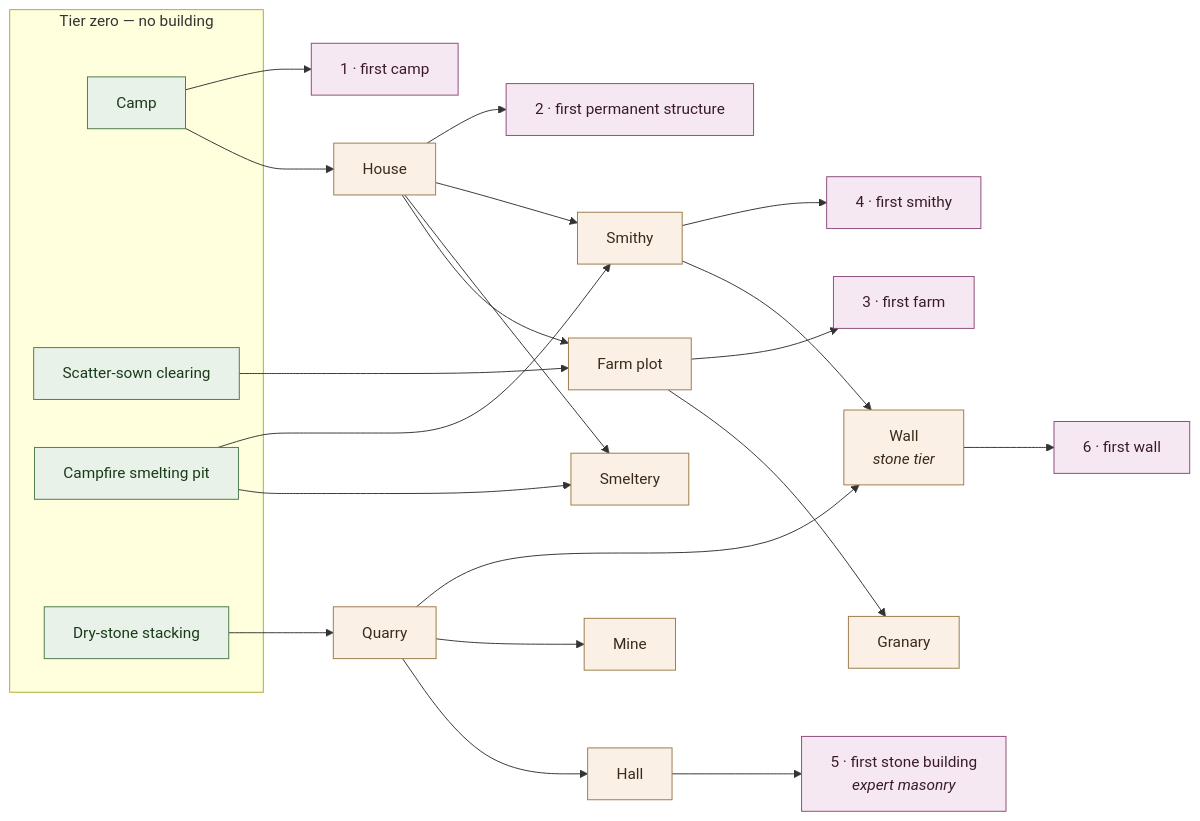
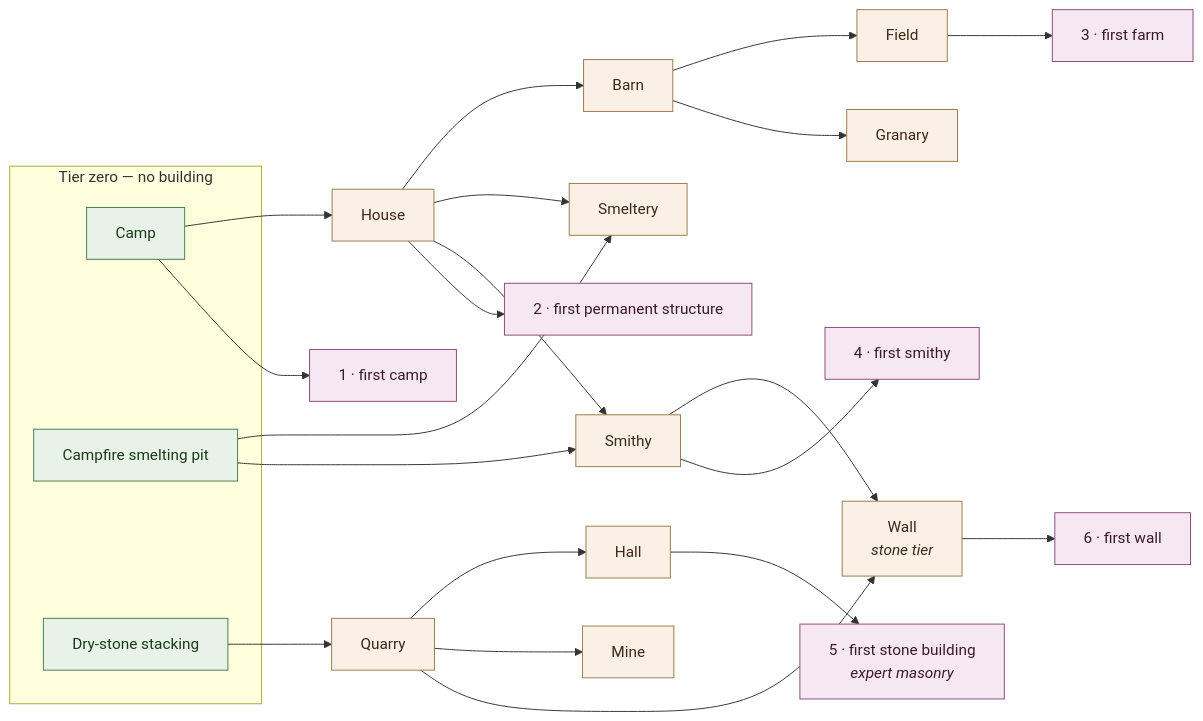
Before and after one commit to zhollis21/KingdomWatch: the second of 2 diagrams in docs/design/kingdom-watch-economy-ladder.md, drawn with Mermaid. The commit also changed other lines of this file and 36 other files, not shown here.

````diff
--- a/docs/design/kingdom-watch-economy-ladder.md
+++ b/docs/design/kingdom-watch-economy-ladder.md
@@ -600,34 +609,33 @@
 ```mermaid
 flowchart LR
   classDef tier0 fill:#e8f2e8,stroke:#4a7a4a,color:#1a3a1a
   classDef bld fill:#faf0e6,stroke:#9a7a4a,color:#3a2a1a
   classDef ms fill:#f6e8f2,stroke:#8a4a7a,color:#3a1a2a
 
   subgraph T0["Tier zero — no building"]
     Camp["Camp"]:::tier0
-    Clearing["Scatter-sown clearing"]:::tier0
     Pit["Campfire smelting pit"]:::tier0
     Dry["Dry-stone stacking"]:::tier0
   end
 
   Camp --> House["House"]:::bld
-  Clearing --> Plot["Farm plot"]:::bld
-  House --> Plot
-  Plot --> Granary["Granary"]:::bld
+  House --> Barn["Barn"]:::bld
+  Barn --> Plot["Field"]:::bld
+  Barn --> Granary["Granary"]:::bld
   Dry --> QuarryB["Quarry"]:::bld
   QuarryB --> Hall["Hall"]:::bld
   QuarryB --> MineB["Mine"]:::bld
   Pit --> Smeltery["Smeltery"]:::bld
   House --> Smeltery
   Pit --> Smithy["Smithy"]:::bld
   House --> Smithy
   QuarryB --> Wall["Wall<br/><i>stone tier</i>"]:::bld
   Smithy --> Wall
 
   Camp --> M1["1 · first camp"]:::ms
   House --> M2["2 · first permanent structure"]:::ms
   Plot --> M3["3 · first farm"]:::ms
   Smithy --> M4["4 · first smithy"]:::ms
   Hall --> M5["5 · first stone building<br/><i>expert masonry</i>"]:::ms
   Wall --> M6["6 · first wall"]:::ms
 ```
````
